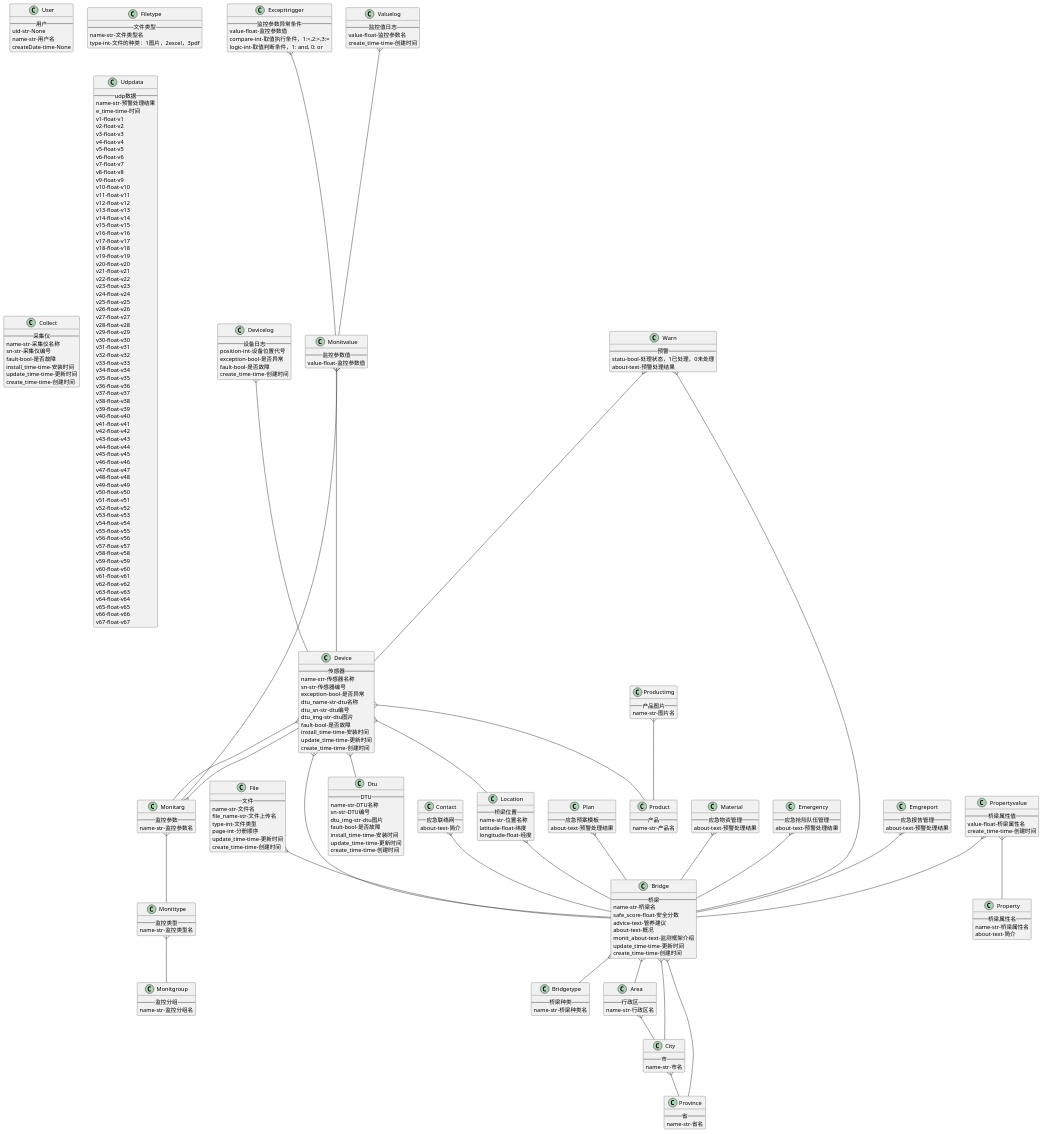
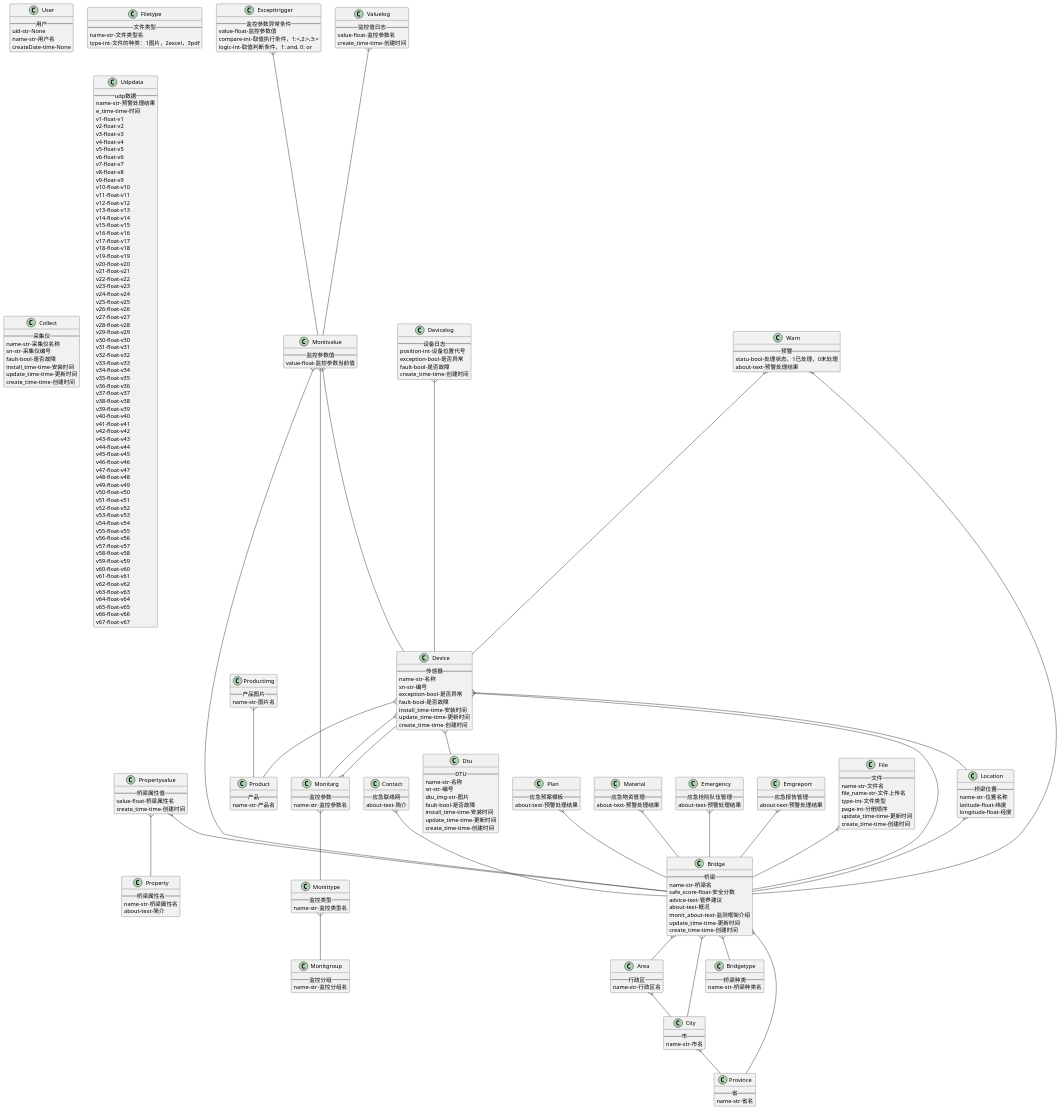
The diagram in 表结构.plantuml (drgonn/doc), drawn with PlantUML before and after one commit. The commit also changed 2 other files, not shown here.

```diff
--- a/表结构.plantuml
+++ b/表结构.plantuml
@@ -82,12 +82,9 @@
 Location }-- Bridge
 Class Device {
 	--传感器--
-	name-str-传感器名称
-	sn-str-传感器编号
+	name-str-名称
+	sn-str-编号
 	exception-bool-是否异常
-	dtu_name-str-dtu名称
-	dtu_sn-str-dtu编号
-	dtu_img-str-dtu图片
 	fault-bool-是否故障
 	install_time-time-安装时间
 	update_time-time-更新时间
@@ -101,9 +98,9 @@
 Monitarg }-- Device
 Class Dtu {
 	--DTU--
-	name-str-DTU名称
-	sn-str-DTU编号
-	dtu_img-str-dtu图片
+	name-str-名称
+	sn-str-编号
+	dtu_img-str-图片
 	fault-bool-是否故障
 	install_time-time-安装时间
 	update_time-time-更新时间
@@ -142,10 +139,11 @@
 Monitarg }-- Monittype
 Class Monitvalue {
 	--监控参数值--
-	value-float-监控参数值
+	value-float-监控参数当前值
 }
 Monitvalue }-- Monitarg
 Monitvalue }-- Device
+Monitvalue }-- Bridge
 Class Excepttrigger {
 	--监控参数异常条件--
 	value-float-监控参数值
```
